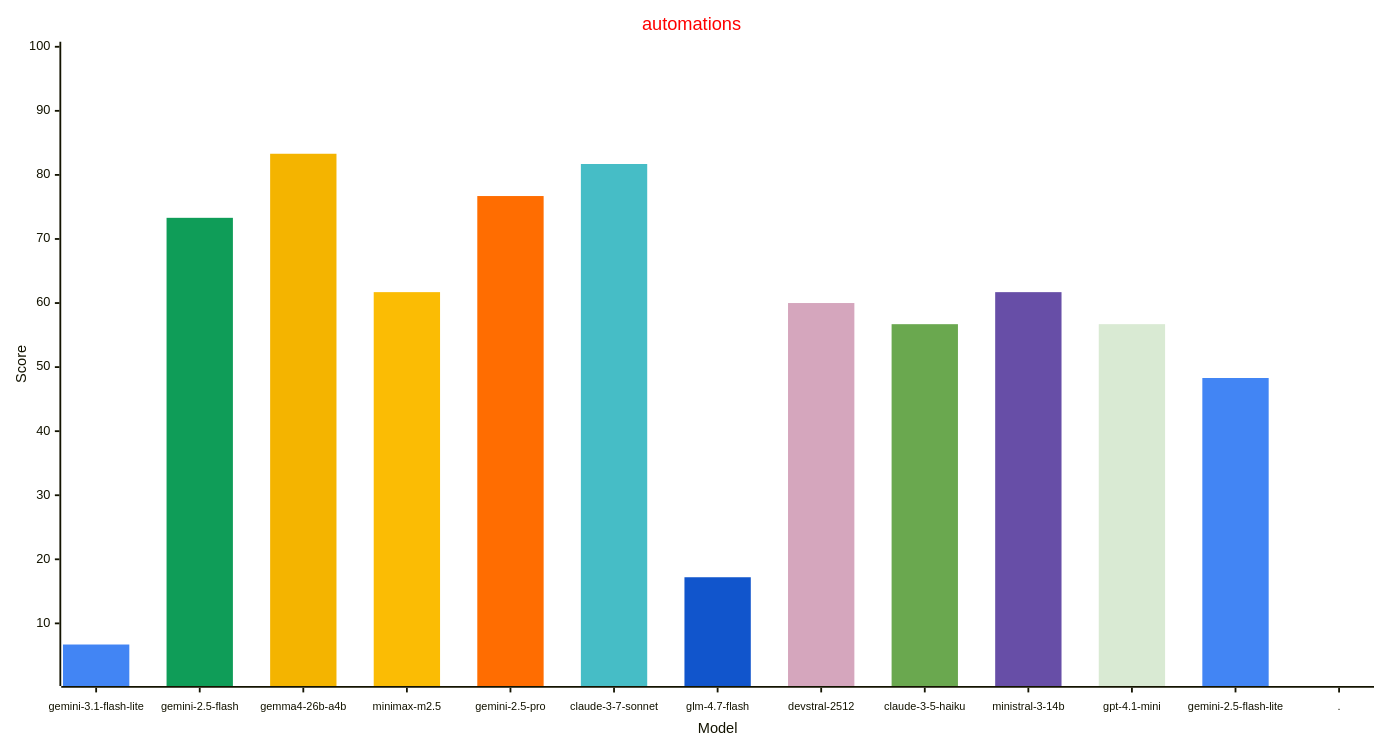
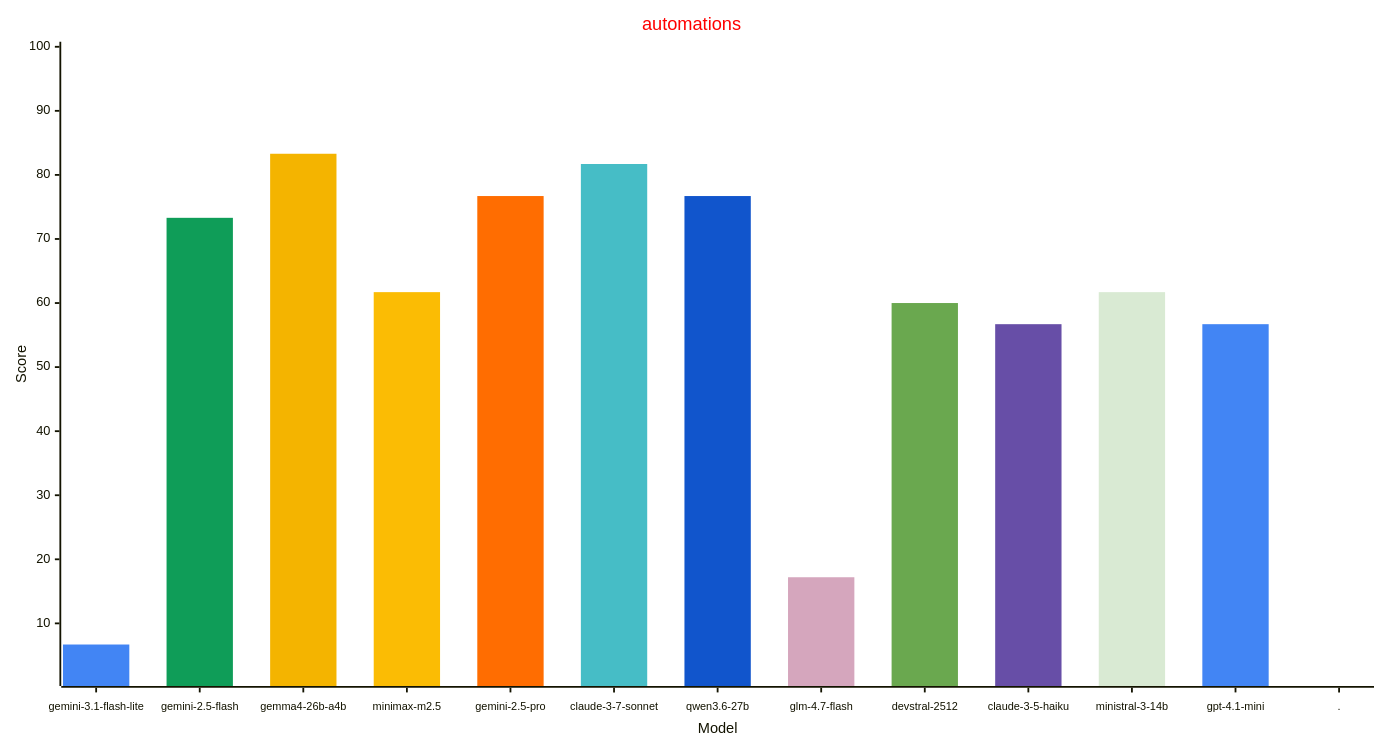
The fourth of 4 diagrams in reports/README.md (allenporter/home-assistant-datasets), drawn with Mermaid before and after one commit. The commit also changed other lines of this file, not shown here.

````diff
--- a/reports/README.md
+++ b/reports/README.md
@@ -224,33 +225,33 @@
 ```mermaid
 ---
 config:
     xyChart:
         width: 1500
         height: 800
         xAxis:
           labelFontSize: 12
           labelPadding: 8
     themeVariables:
         xyChart:
             titleColor: "#ff0000"
             plotColorPalette: "#4285f4, #0f9d58, #f4b400, #fbbc04, #ff6d01, #46bdc6, #1155cc, #d5a6bd, #6aa84f, #674ea7, #d9ead3, #4285f4, #4285f4"
 
 ---
 xychart-beta
   title "automations"
-  x-axis "Model" [gemini-3.1-flash-lite, gemini-2.5-flash, gemma4-26b-a4b, minimax-m2.5, gemini-2.5-pro, claude-3-7-sonnet, glm-4.7-flash, devstral-2512, claude-3-5-haiku, ministral-3-14b, gpt-4.1-mini, gemini-2.5-flash-lite, .]
+  x-axis "Model" [gemini-3.1-flash-lite, gemini-2.5-flash, gemma4-26b-a4b, minimax-m2.5, gemini-2.5-pro, claude-3-7-sonnet, qwen3.6-27b, glm-4.7-flash, devstral-2512, claude-3-5-haiku, ministral-3-14b, gpt-4.1-mini, .]
   y-axis "Score" 1 --> 100
   bar [6.7, 0.0, 0.0, 0.0, 0.0, 0.0, 0.0, 0.0, 0.0, 0.0, 0.0, 0.0, 0.0]
   bar [0.0, 73.3, 0.0, 0.0, 0.0, 0.0, 0.0, 0.0, 0.0, 0.0, 0.0, 0.0, 0.0]
   bar [0.0, 0.0, 83.3, 0.0, 0.0, 0.0, 0.0, 0.0, 0.0, 0.0, 0.0, 0.0, 0.0]
   bar [0.0, 0.0, 0.0, 61.7, 0.0, 0.0, 0.0, 0.0, 0.0, 0.0, 0.0, 0.0, 0.0]
   bar [0.0, 0.0, 0.0, 0.0, 76.7, 0.0, 0.0, 0.0, 0.0, 0.0, 0.0, 0.0, 0.0]
   bar [0.0, 0.0, 0.0, 0.0, 0.0, 81.7, 0.0, 0.0, 0.0, 0.0, 0.0, 0.0, 0.0]
-  bar [0.0, 0.0, 0.0, 0.0, 0.0, 0.0, 17.2, 0.0, 0.0, 0.0, 0.0, 0.0, 0.0]
-  bar [0.0, 0.0, 0.0, 0.0, 0.0, 0.0, 0.0, 60.0, 0.0, 0.0, 0.0, 0.0, 0.0]
-  bar [0.0, 0.0, 0.0, 0.0, 0.0, 0.0, 0.0, 0.0, 56.7, 0.0, 0.0, 0.0, 0.0]
-  bar [0.0, 0.0, 0.0, 0.0, 0.0, 0.0, 0.0, 0.0, 0.0, 61.7, 0.0, 0.0, 0.0]
-  bar [0.0, 0.0, 0.0, 0.0, 0.0, 0.0, 0.0, 0.0, 0.0, 0.0, 56.7, 0.0, 0.0]
-  bar [0.0, 0.0, 0.0, 0.0, 0.0, 0.0, 0.0, 0.0, 0.0, 0.0, 0.0, 48.3, 0.0]
+  bar [0.0, 0.0, 0.0, 0.0, 0.0, 0.0, 76.7, 0.0, 0.0, 0.0, 0.0, 0.0, 0.0]
+  bar [0.0, 0.0, 0.0, 0.0, 0.0, 0.0, 0.0, 17.2, 0.0, 0.0, 0.0, 0.0, 0.0]
+  bar [0.0, 0.0, 0.0, 0.0, 0.0, 0.0, 0.0, 0.0, 60.0, 0.0, 0.0, 0.0, 0.0]
+  bar [0.0, 0.0, 0.0, 0.0, 0.0, 0.0, 0.0, 0.0, 0.0, 56.7, 0.0, 0.0, 0.0]
+  bar [0.0, 0.0, 0.0, 0.0, 0.0, 0.0, 0.0, 0.0, 0.0, 0.0, 61.7, 0.0, 0.0]
+  bar [0.0, 0.0, 0.0, 0.0, 0.0, 0.0, 0.0, 0.0, 0.0, 0.0, 0.0, 56.7, 0.0]
   bar [0.0, 0.0, 0.0, 0.0, 0.0, 0.0, 0.0, 0.0, 0.0, 0.0, 0.0, 0.0, -1.0]
 ```
````
